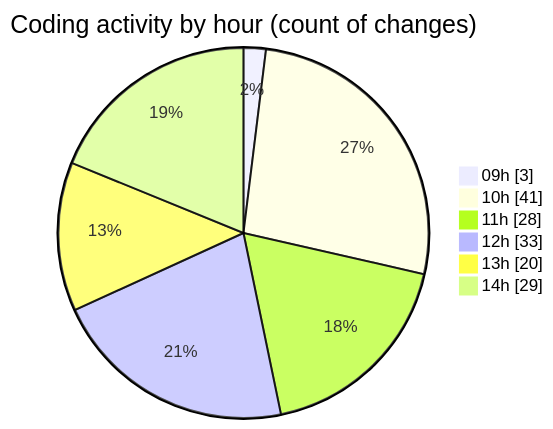
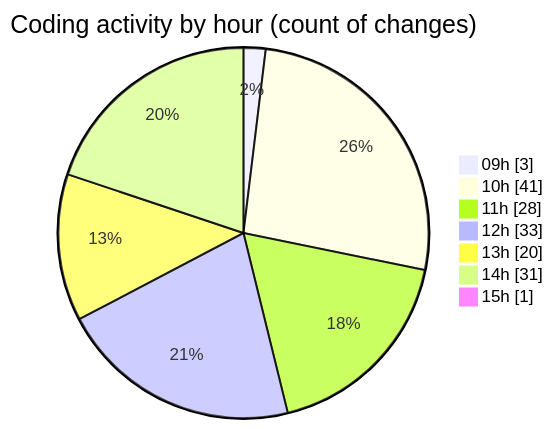
The second of 2 diagrams in 2025-05-19/ecodeli-1/README.md (CELIANVF/code-tracking), drawn with Mermaid before and after one commit. The commit also changed other lines of this file and 1 other file, not shown here.

````diff
--- a/2025-05-19/ecodeli-1/README.md
+++ b/2025-05-19/ecodeli-1/README.md
@@ -69,10 +70,11 @@
 ```mermaid
 pie showData
 title Coding activity by hour (count of changes)
 "09h" : 3
 "10h" : 41
 "11h" : 28
 "12h" : 33
 "13h" : 20
-"14h" : 29
+"14h" : 31
+"15h" : 1
 ```
````
